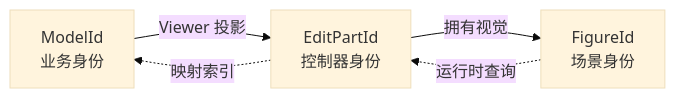
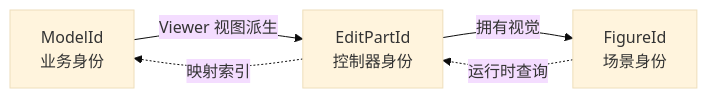
Before and after one commit to yezhang/novadraw: the first of 4 diagrams in engine/wasm_rust/novadraw/book/internals/src/02-state-identity-ownership.md, drawn with Mermaid (base theme). The commit also changed other lines of this file and 46 other files, not shown here.

````diff
--- a/engine/wasm_rust/novadraw/book/internals/src/02-state-identity-ownership.md
+++ b/engine/wasm_rust/novadraw/book/internals/src/02-state-identity-ownership.md
@@ -92,7 +92,7 @@
 ```mermaid
 flowchart LR
-    M[ModelId<br/>业务身份] -->|Viewer 投影| P[EditPartId<br/>控制器身份]
+    M[ModelId<br/>业务身份] -->|Viewer 视图派生| P[EditPartId<br/>控制器身份]
     P -->|拥有视觉| F[FigureId<br/>场景身份]
     P -.映射索引.-> M
     F -.运行时查询.-> P
 ```
````
